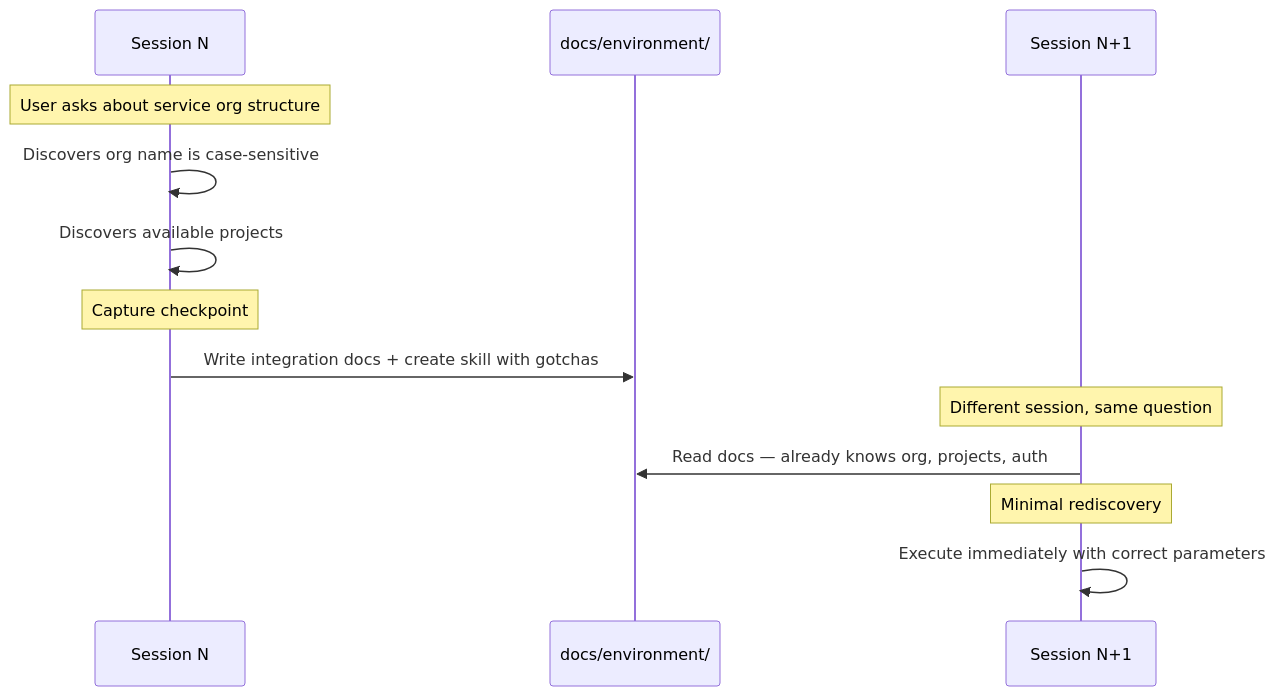
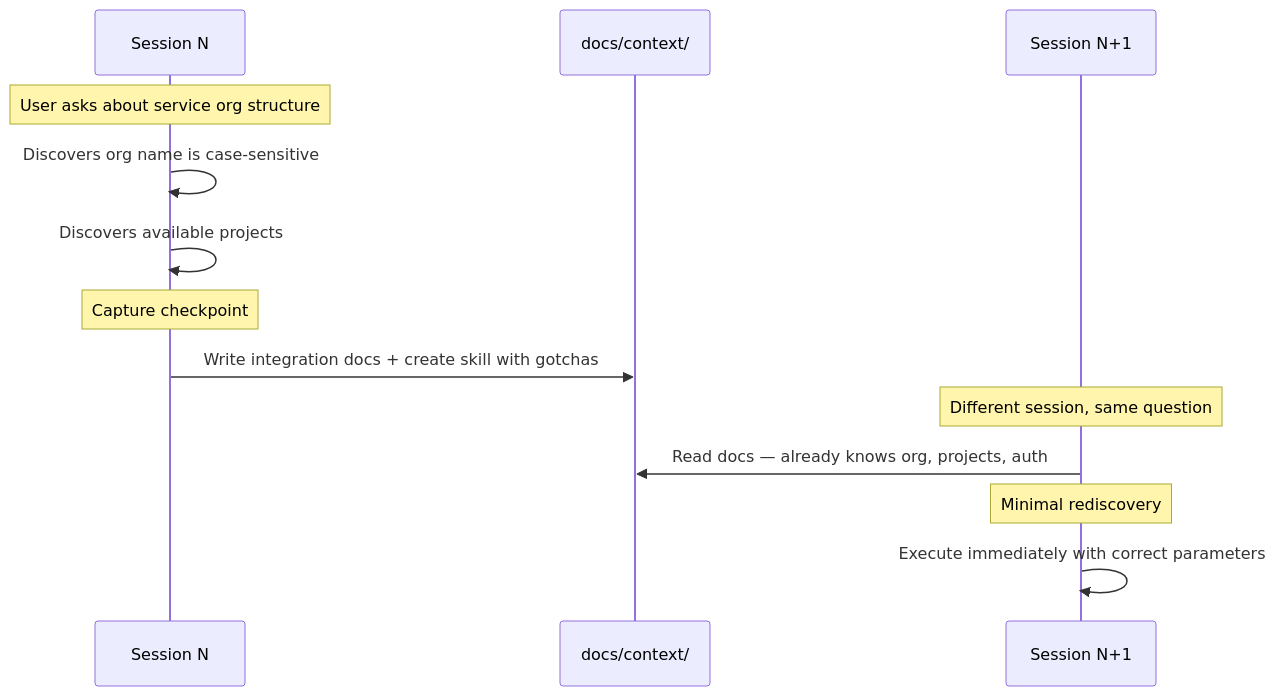
The second of 5 diagrams in docs/how-it-works.md (lorehq/lore-docs), drawn with Mermaid before and after one commit. The commit also changed other lines of this file and 4 other files, not shown here.

First line of the commit message:
Rename environment→context, update agent-rules source path

````diff
--- a/docs/how-it-works.md
+++ b/docs/how-it-works.md
@@ -55,18 +55,18 @@
 ```mermaid
 sequenceDiagram
     participant S1 as Session N
-    participant Docs as docs/environment/
+    participant Docs as docs/context/
     participant S2 as Session N+1
 
     Note over S1: User asks about service org structure
     S1->>S1: Discovers org name is case-sensitive
     S1->>S1: Discovers available projects
 
     Note over S1: Capture checkpoint
     S1->>Docs: Write integration docs + create skill with gotchas
 
     Note over S2: Different session, same question
     S2->>Docs: Read docs — already knows org, projects, auth
     Note over S2: Minimal rediscovery
     S2->>S2: Execute immediately with correct parameters
 ```
````
